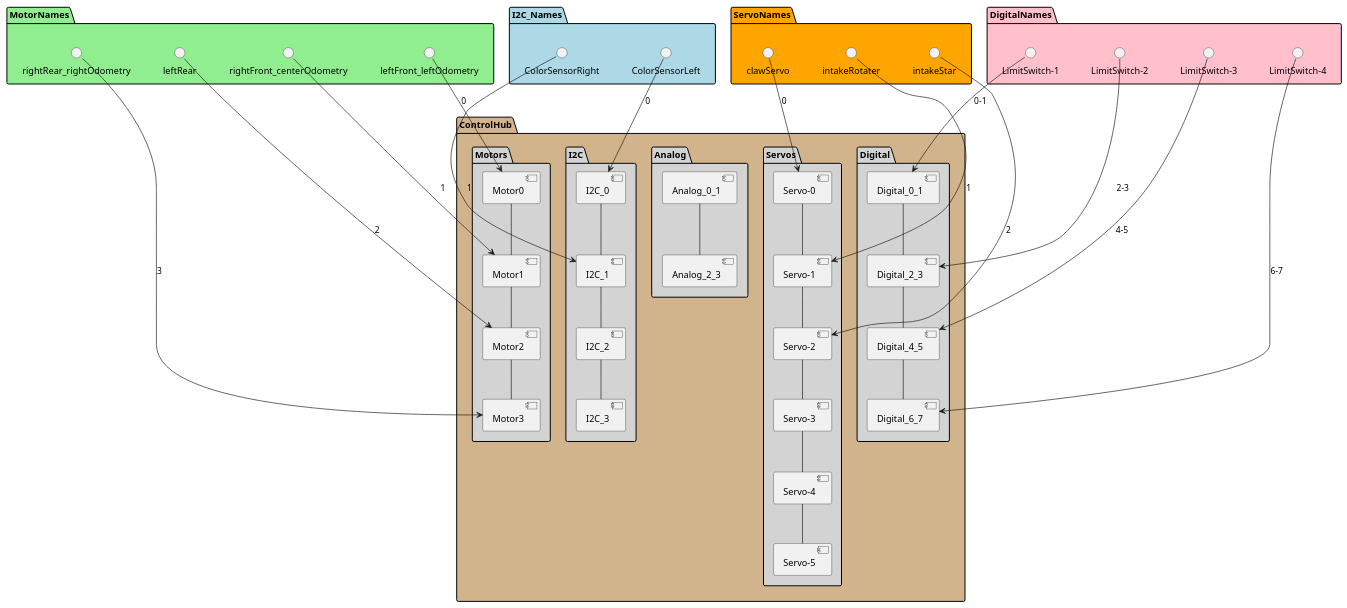
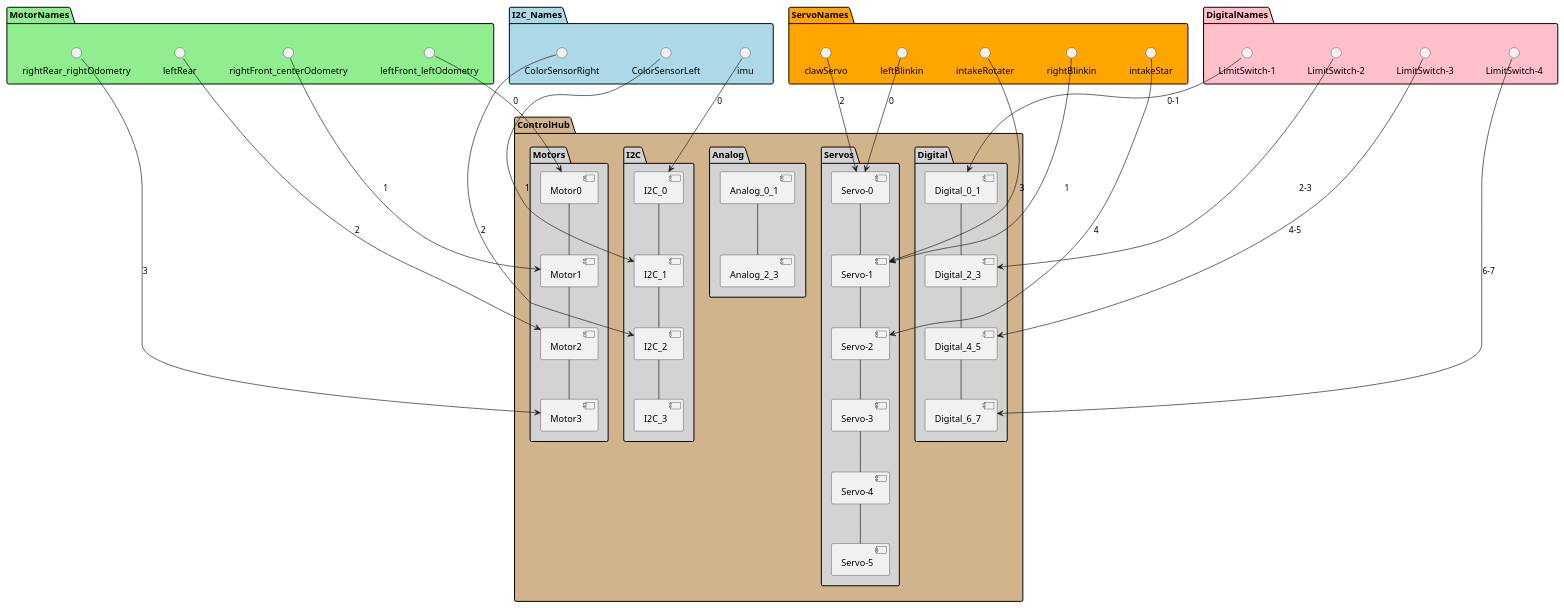
The diagram in TeamCode/src/main/java/org/firstinspires/ftc/teamcode/Geronimo/Diagrams/Configuration_ControlHub.puml (ShearForce-Software/ShearForce-Into-the-Deep-10.0), drawn with PlantUML before and after one commit. The commit also changed 5 other files, not shown here.

```diff
--- a/TeamCode/src/main/java/org/firstinspires/ftc/teamcode/Geronimo/Diagrams/Configuration_ControlHub.puml
+++ b/TeamCode/src/main/java/org/firstinspires/ftc/teamcode/Geronimo/Diagrams/Configuration_ControlHub.puml
@@ -1,63 +1,66 @@
 @startuml
 
 
 package ControlHub #Tan {
   package Motors #LightGrey {
     [Motor0] -- [Motor1]
     [Motor1] -- [Motor2]
     [Motor2] -- [Motor3]
   }
 
   package Servos #LightGrey {
    [Servo-0] -- [Servo-1]
    [Servo-1] -- [Servo-2]
    [Servo-2] -- [Servo-3]
    [Servo-3] -- [Servo-4]
    [Servo-4] -- [Servo-5]
   }
 
   package Analog #LightGrey {
    [Analog_0_1] -- [Analog_2_3]
   }
 
   package Digital #LightGrey {
    [Digital_0_1] -- [Digital_2_3]
    [Digital_2_3] -- [Digital_4_5]
    [Digital_4_5] -- [Digital_6_7]
   }
 
   package I2C #LightGrey {
    [I2C_0] -- [I2C_1]
    [I2C_1] -- [I2C_2]
    [I2C_2] -- [I2C_3]
 
   }
 }
 
 package MotorNames #LightGreen {
   () "leftFront_leftOdometry" --> [Motor0] : 0
   () "rightFront_centerOdometry" --> [Motor1] : 1
   () "leftRear" --> [Motor2] : 2
   () "rightRear_rightOdometry" --> [Motor3] : 3
 }
 
 package ServoNames #Orange {
-  () "clawServo" --> [Servo-0] : 0
-  () "intakeRotater" --> [Servo-1] : 1
-  () "intakeStar" --> [Servo-2] : 2
+  () "leftBlinkin" --> [Servo-0] : 0
+  () "rightBlinkin" --> [Servo-1] : 1
+  () "clawServo" --> [Servo-0] : 2
+  () "intakeRotater" --> [Servo-1] : 3
+  () "intakeStar" --> [Servo-2] : 4
 }
 
 package DigitalNames #Pink {
   () "LimitSwitch-1" --> [Digital_0_1] : 0-1
   () "LimitSwitch-2" --> [Digital_2_3] : 2-3
   () "LimitSwitch-3" --> [Digital_4_5] : 4-5
   () "LimitSwitch-4" --> [Digital_6_7] : 6-7
 }
 
 package I2C_Names #LightBlue {
-  () "ColorSensorLeft" --> [I2C_0] : 0
-  () "ColorSensorRight" --> [I2C_1] : 1
+  () "imu" --> [I2C_0] : 0
+  () "ColorSensorLeft" --> [I2C_1] : 1
+  () "ColorSensorRight" --> [I2C_2] : 2
 
 }
 
 @enduml
```
